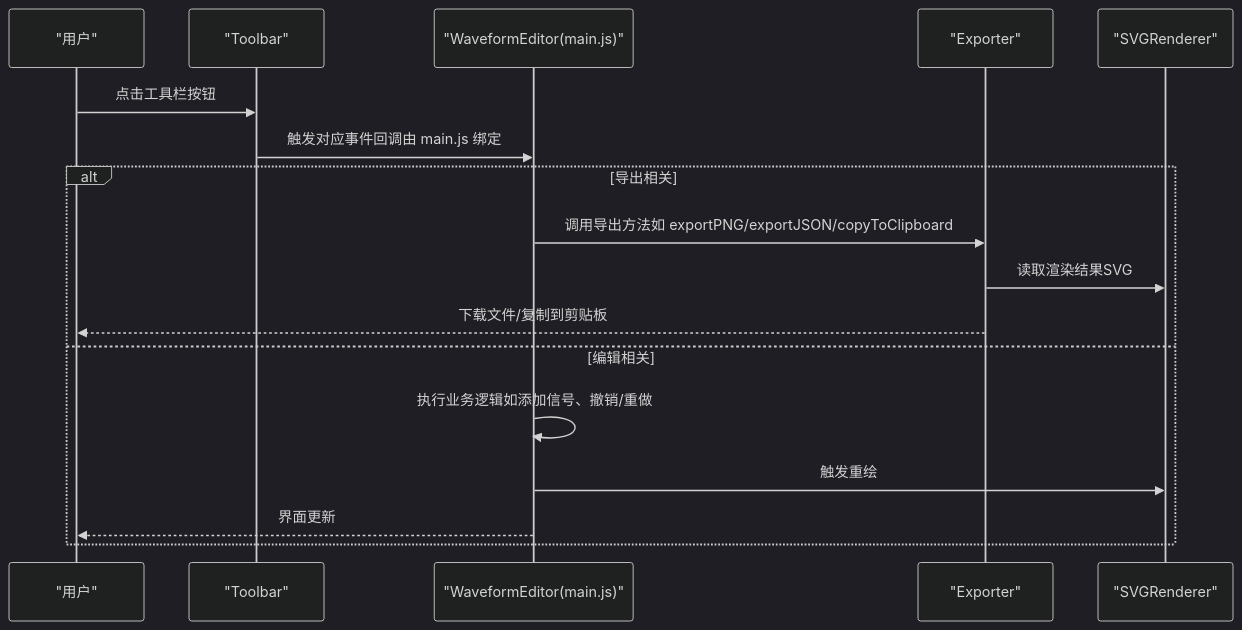
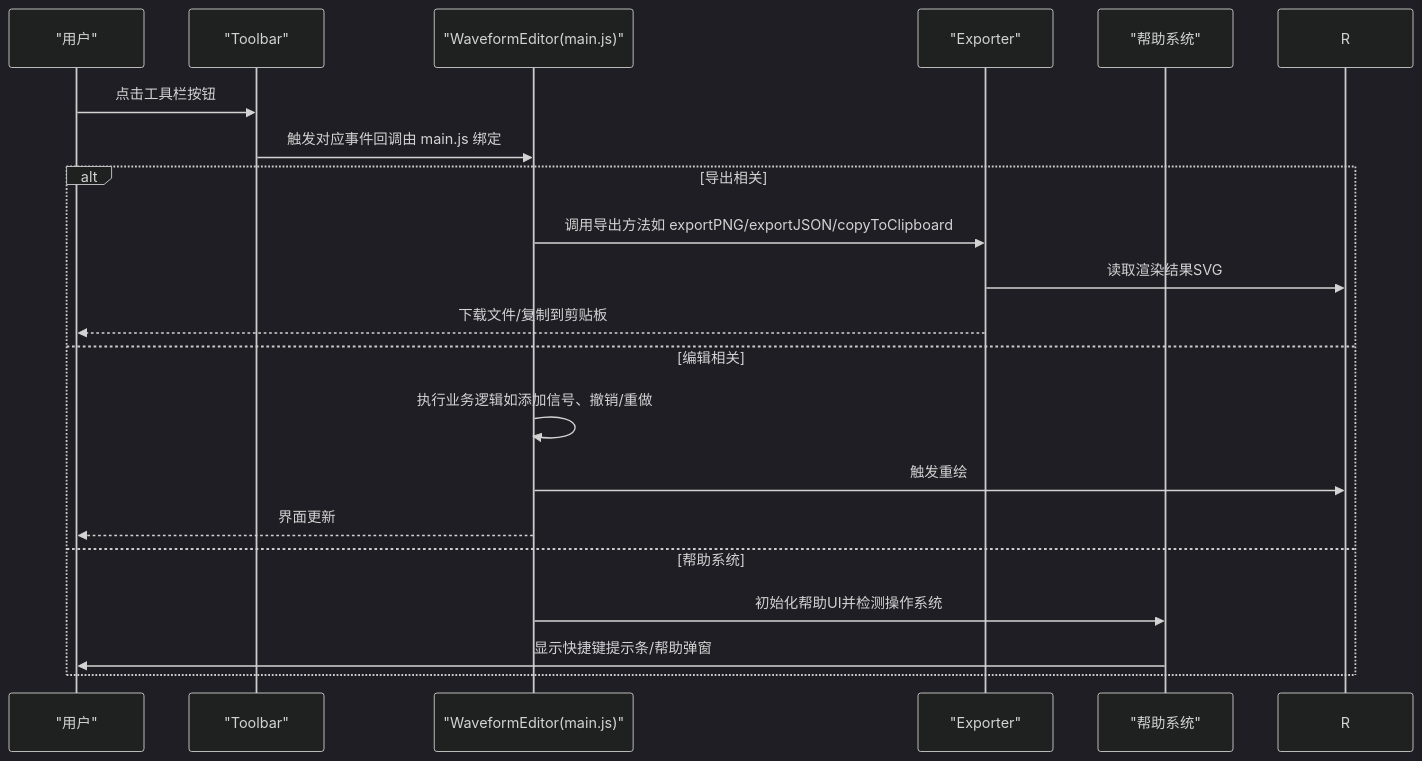
Before and after one commit to nht123456/waveform-editor: the second of 6 diagrams in .qoder/repowiki/zh/content/用户界面组件/工具栏组件.md, drawn with Mermaid (dark theme). The commit also changed other lines of this file and 12 other files, not shown here.

````diff
--- a/.qoder/repowiki/zh/content/用户界面组件/工具栏组件.md
+++ b/.qoder/repowiki/zh/content/用户界面组件/工具栏组件.md
@@ -98,19 +110,22 @@
 ```mermaid
 sequenceDiagram
 participant U as "用户"
 participant T as "Toolbar"
 participant M as "WaveformEditor(main.js)"
 participant E as "Exporter"
-participant R as "SVGRenderer"
+participant H as "帮助系统"
 U->>T : 点击工具栏按钮
 T->>M : 触发对应事件回调由 main.js 绑定
 alt 导出相关
 M->>E : 调用导出方法如 exportPNG/exportJSON/copyToClipboard
 E->>R : 读取渲染结果SVG
 E-->>U : 下载文件/复制到剪贴板
 else 编辑相关
 M->>M : 执行业务逻辑如添加信号、撤销/重做
 M->>R : 触发重绘
 M-->>U : 界面更新
+else 帮助系统
+M->>H : 初始化帮助UI并检测操作系统
+H->>U : 显示快捷键提示条/帮助弹窗
 end
 ```
````
